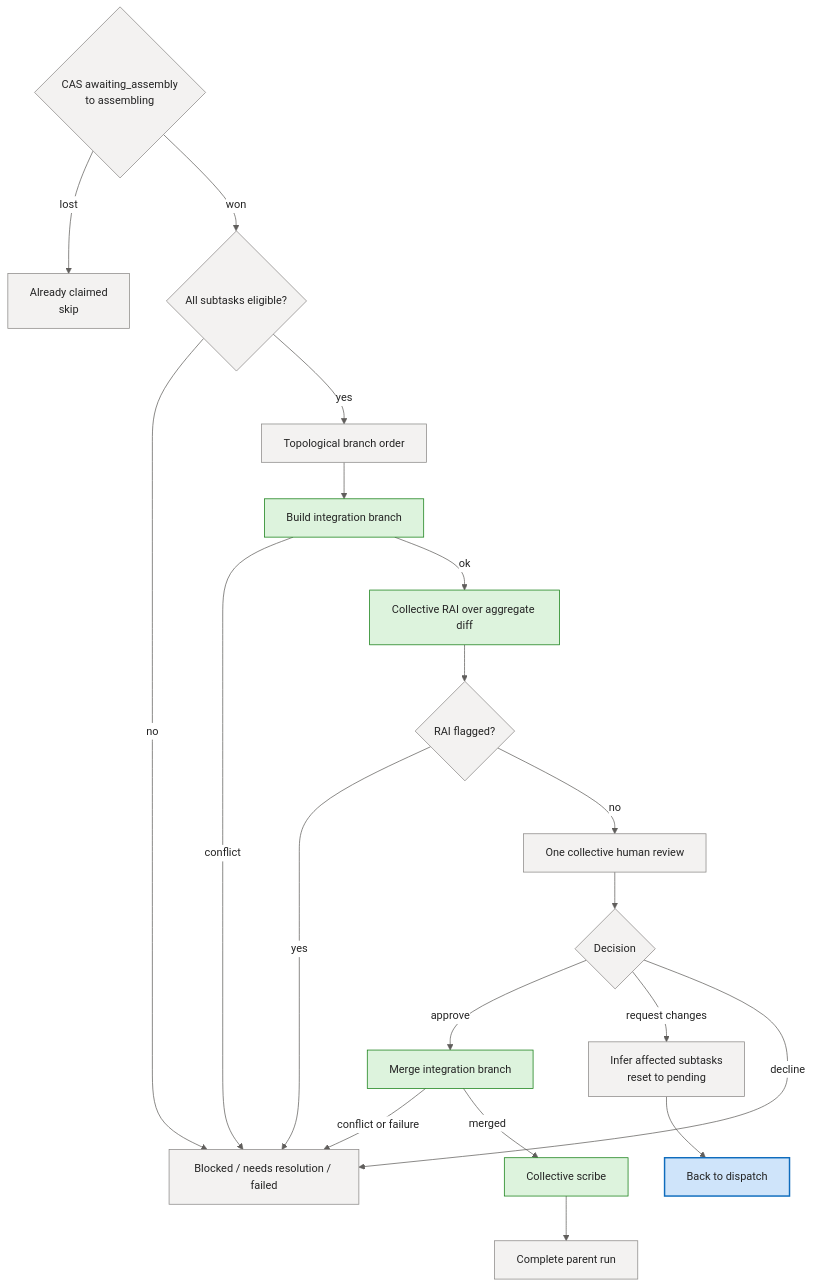
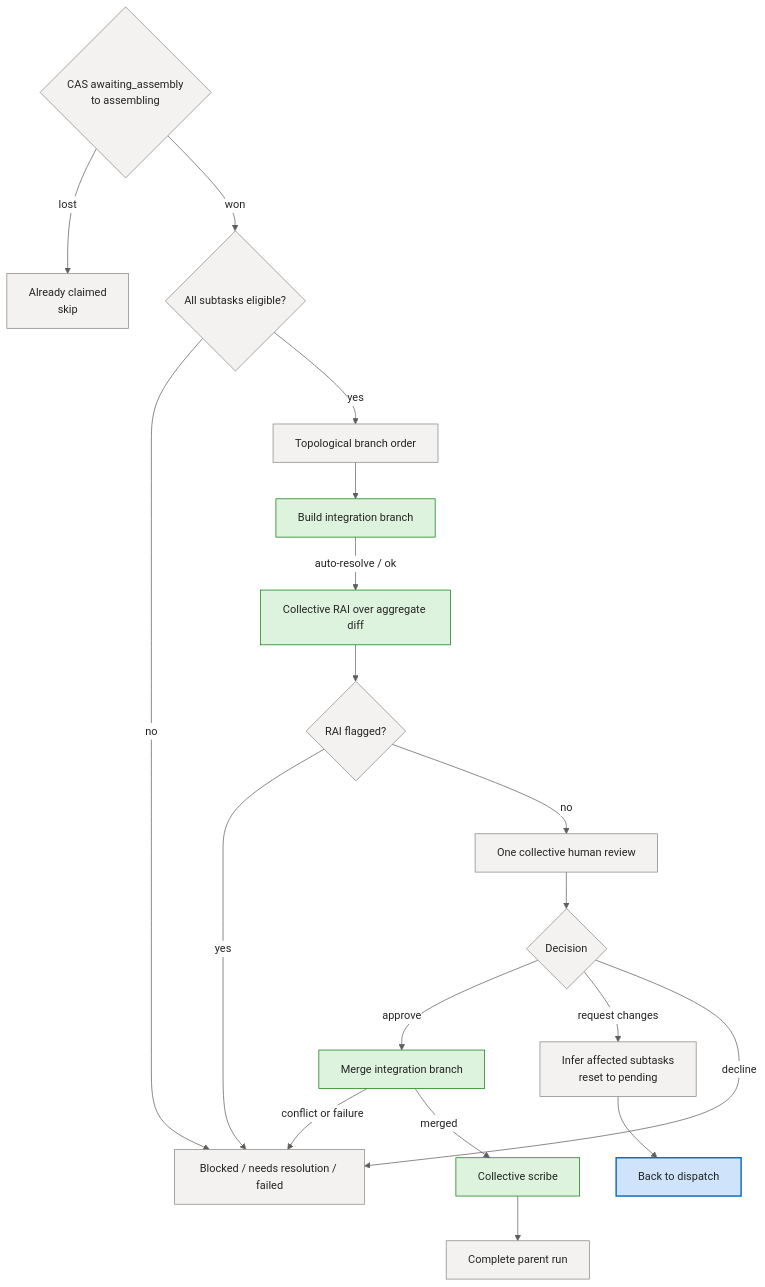
The fifth of 5 diagrams in docs/deep-dive/coordinator-internals.md (sabbour/agentweaver), drawn with Mermaid before and after one commit. The commit also changed other lines of this file and 11 other files, not shown here.

Commit message:
fix(coordinator): auto-resolve integration branch merge conflicts and emit event (#85)

````diff
--- a/docs/deep-dive/coordinator-internals.md
+++ b/docs/deep-dive/coordinator-internals.md
@@ -414,45 +414,44 @@
 ```mermaid
 %%{init: {'theme':'base','themeVariables':{'fontFamily':'Segoe UI, system-ui, -apple-system, sans-serif','fontSize':'15px','primaryColor':'#E8EEF9','primaryBorderColor':'#0F6CBD','primaryTextColor':'#242424','lineColor':'#605E5C','clusterBkg':'#FAF9F8','clusterBorder':'#D2D0CE','edgeLabelBackground':'#FFFFFF'}}}%%
 flowchart TD
     Claim{CAS awaiting_assembly<br/>to assembling}
     Eligible{All subtasks eligible?}
     Order[Topological branch order]
     Integration[Build integration branch]
     Rai[Collective RAI over aggregate diff]
     RaiFlag{RAI flagged?}
     Review[One collective human review]
     Decision{Decision}
     Merge[Merge integration branch]
     Scribe[Collective scribe]
     Complete[Complete parent run]
     RequestChanges[Infer affected subtasks<br/>reset to pending]
     AlreadyClaimed[Already claimed<br/>skip]
     Blocked[Blocked / needs resolution / failed]
 
     Claim -- lost --> AlreadyClaimed
     Claim -- won --> Eligible
     Eligible -- no --> Blocked
     Eligible -- yes --> Order --> Integration
-    Integration -- conflict --> Blocked
-    Integration -- ok --> Rai --> RaiFlag
+    Integration -- auto-resolve / ok --> Rai --> RaiFlag
     RaiFlag -- yes --> Blocked
     RaiFlag -- no --> Review --> Decision
     Decision -- approve --> Merge
     Decision -- request changes --> RequestChanges
     Decision -- decline --> Blocked
     Merge -- conflict or failure --> Blocked
     Merge -- merged --> Scribe --> Complete
     RequestChanges --> Dispatching[Back to dispatch]
 
     classDef client fill:#E8EEF9,stroke:#0F6CBD,stroke-width:1px,color:#242424;
     classDef svc fill:#F3F2F1,stroke:#8A8886,stroke-width:1px,color:#242424;
     classDef core fill:#CFE4FA,stroke:#0F6CBD,stroke-width:2px,color:#242424;
     classDef data fill:#FFF4CE,stroke:#C19C00,stroke-width:1px,color:#242424;
     classDef ext fill:#F0E8F8,stroke:#8764B8,stroke-width:1px,color:#242424;
     classDef runtime fill:#DDF3DD,stroke:#107C10,stroke-width:1px,color:#242424;
     classDef evt fill:#D6F0F0,stroke:#038387,stroke-width:1px,color:#242424;
 
     class Claim,Eligible,Order,RaiFlag,Review,Decision,Complete,RequestChanges,AlreadyClaimed,Blocked svc;
     class Integration,Rai,Merge,Scribe runtime;
     class Dispatching core;
 ```
````
